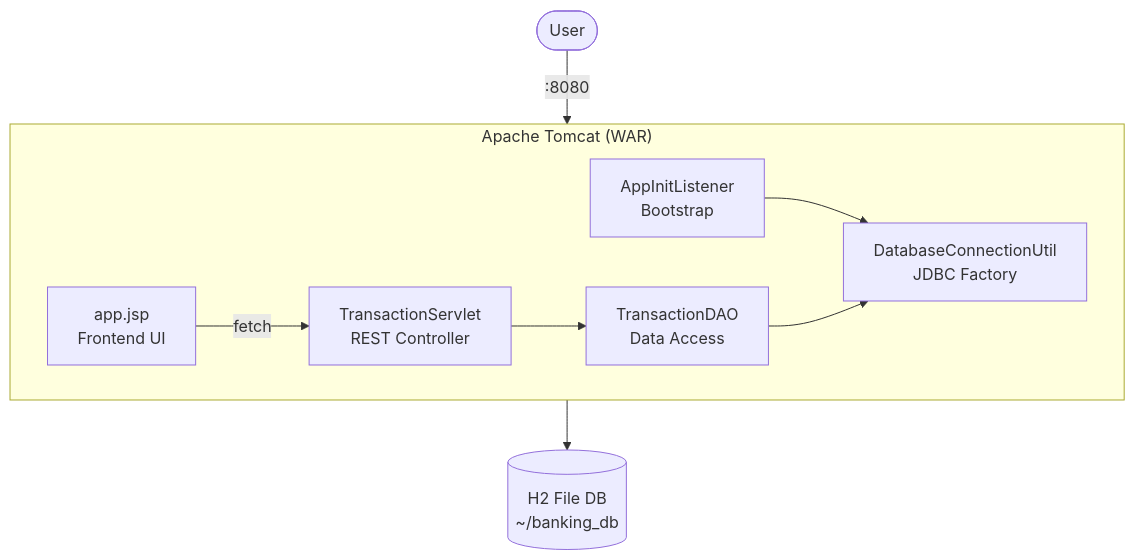
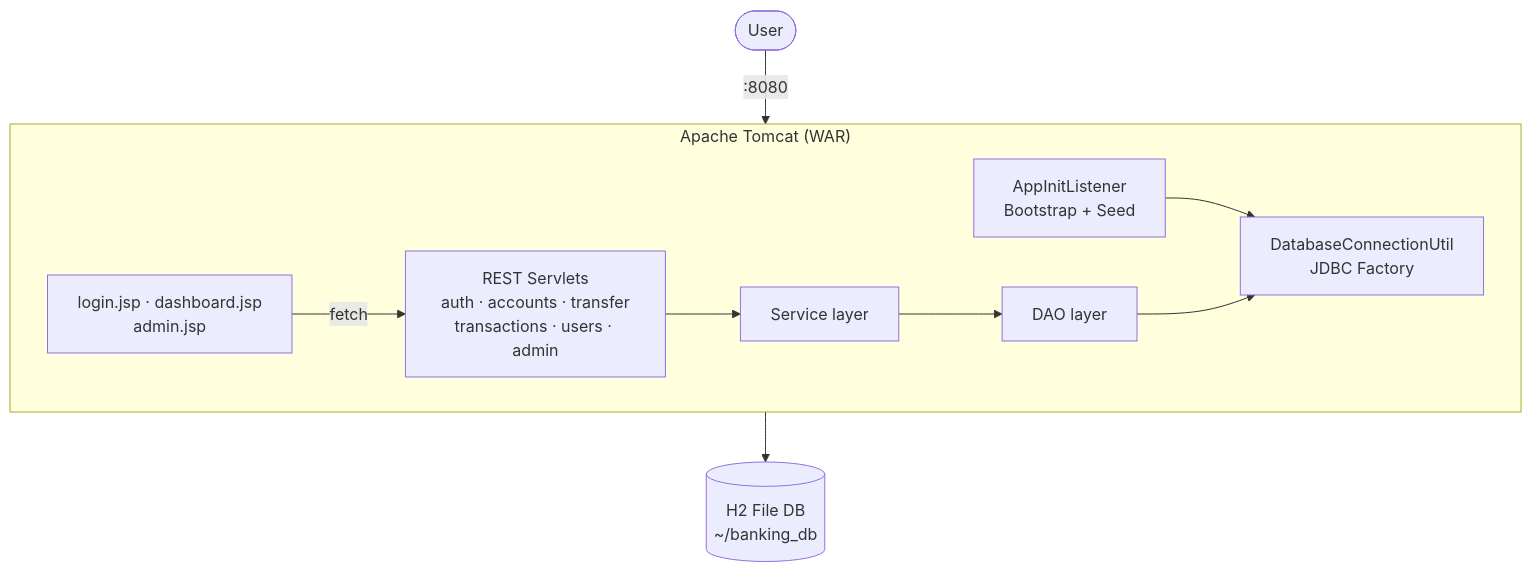
One commit to dishacodes15/jdbc-transaction-tracker changed the second of 2 diagrams in README.md. Above: the diagram before and after it, drawn with Mermaid. The commit also changed other lines of this file and 45 other files, not shown here.

First line of the commit message:
feat: Add dashboard and login pages for user interface

````diff
--- a/README.md
+++ b/README.md
@@ -25,14 +29,15 @@
 ```mermaid
 graph TB
     User([User]) -->|":8080"| Tomcat
 
     subgraph Tomcat ["Apache Tomcat (WAR)"]
         direction LR
-        UI[app.jsp<br/>Frontend UI] -->|fetch| API[TransactionServlet<br/>REST Controller]
-        API --> DAO[TransactionDAO<br/>Data Access]
-        Listener[AppInitListener<br/>Bootstrap] --> Util[DatabaseConnectionUtil<br/>JDBC Factory]
+        UI[login.jsp · dashboard.jsp<br/>admin.jsp] -->|fetch| API[REST Servlets<br/>auth · accounts · transfer<br/>transactions · users · admin]
+        API --> SVC[Service layer]
+        SVC --> DAO[DAO layer]
+        Listener[AppInitListener<br/>Bootstrap + Seed] --> Util[DatabaseConnectionUtil<br/>JDBC Factory]
     end
 
     DAO --> Util
     Util --> H2[(H2 File DB<br/>~/banking_db)]
 ```
````
